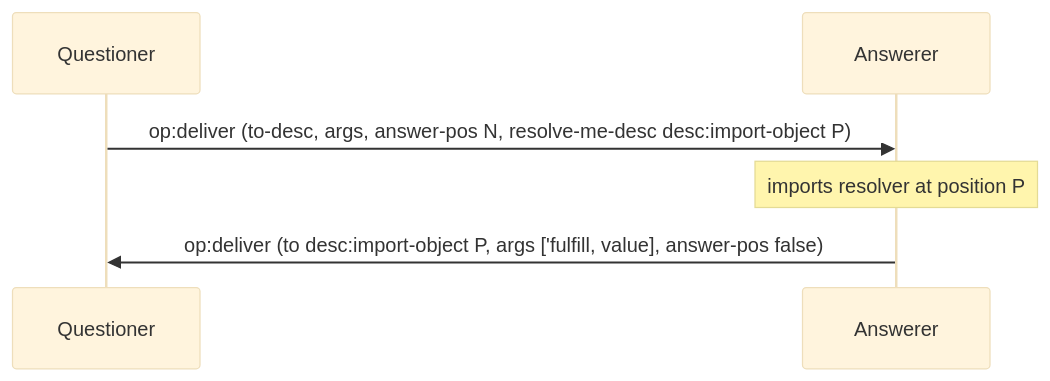
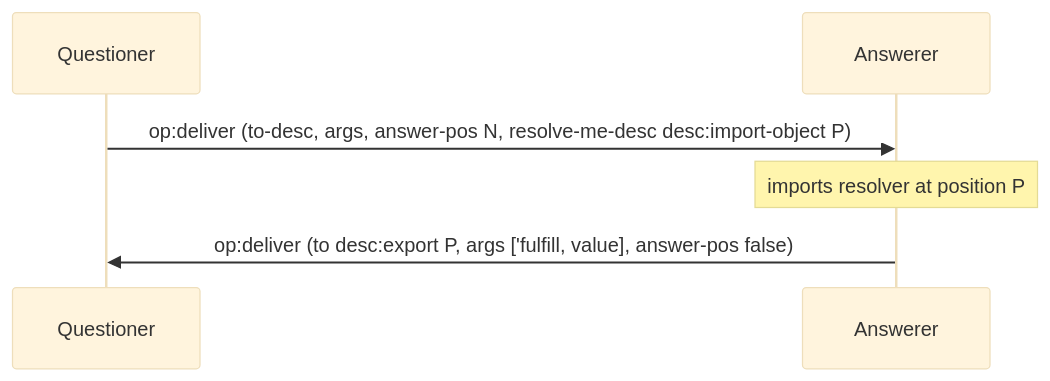
The fourth of 7 diagrams in docs/protocol-diagrams/02-deliver-and-resolve.md (glowcap-org/glowcap), drawn with Mermaid (base theme) before and after one commit. The commit also changed 419 other files, not shown here.

````diff
--- a/docs/protocol-diagrams/02-deliver-and-resolve.md
+++ b/docs/protocol-diagrams/02-deliver-and-resolve.md
@@ -64,8 +64,8 @@
 ```mermaid
 sequenceDiagram
     participant Q as Questioner
     participant R as Answerer
     Q->>R: op:deliver (to-desc, args, answer-pos N, resolve-me-desc desc:import-object P)
     Note over R: imports resolver at position P
-    R->>Q: op:deliver (to desc:import-object P, args ['fulfill, value], answer-pos false)
+    R->>Q: op:deliver (to desc:export P, args ['fulfill, value], answer-pos false)
 ```
````
